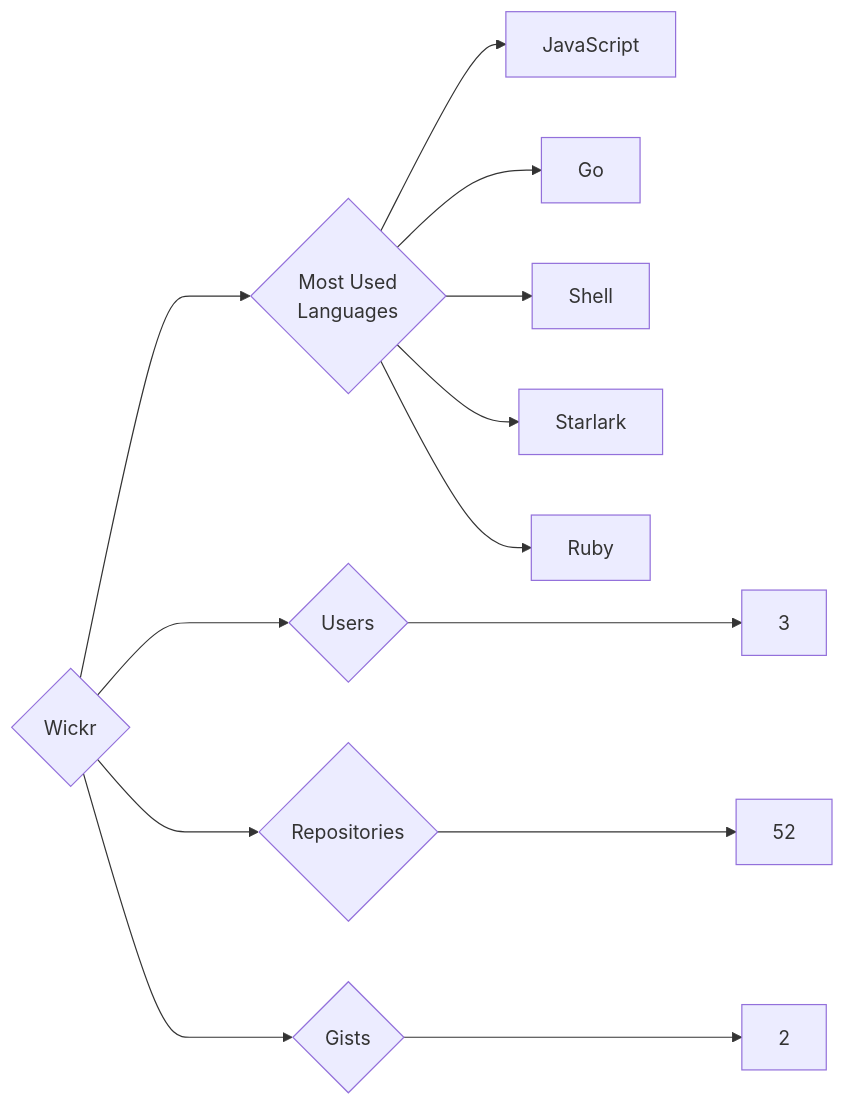
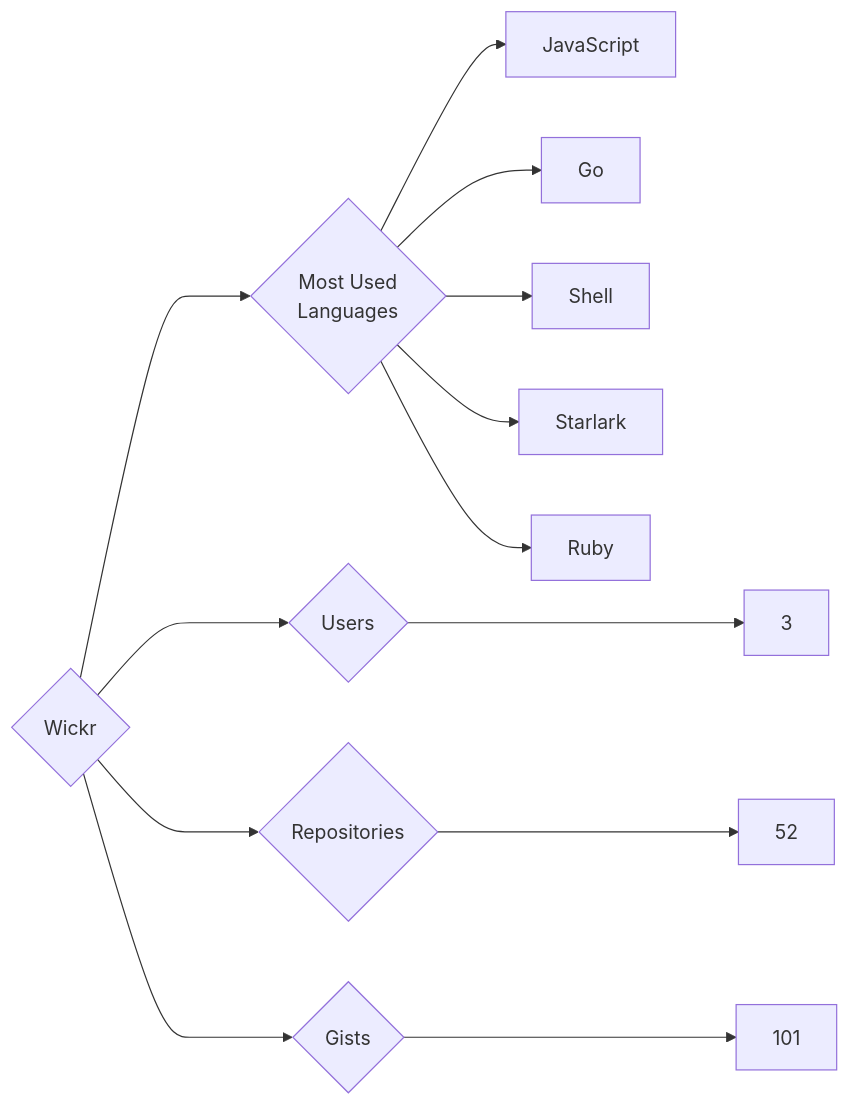
Before and after one commit to trickest/insiders: the diagram in targets/Wickr/README.md, drawn with Mermaid. The commit also changed 1496 other files, not shown here.

````diff
--- a/targets/Wickr/README.md
+++ b/targets/Wickr/README.md
@@ -3,13 +3,13 @@
 ```mermaid
 graph LR
 COMPANY_NAME{Wickr}
 COMPANY_NAME ---> U{Users} ---> UN[3]
 COMPANY_NAME ---> R{Repositories} ---> RN[52]
-COMPANY_NAME ---> G{Gists} ---> GN[2]
+COMPANY_NAME ---> G{Gists} ---> GN[101]
 COMPANY_NAME ---> ML{Most Used<br>Languages}
 ML --> JavaScript[JavaScript]
 ML --> Go[Go]
 ML --> Shell[Shell]
 ML --> Starlark[Starlark]
 ML --> Ruby[Ruby]
 ```
````
